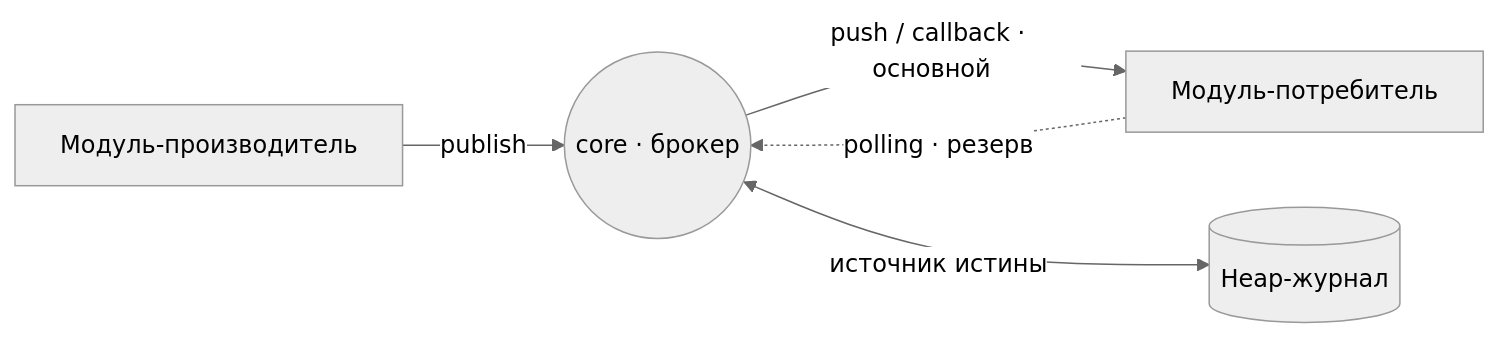
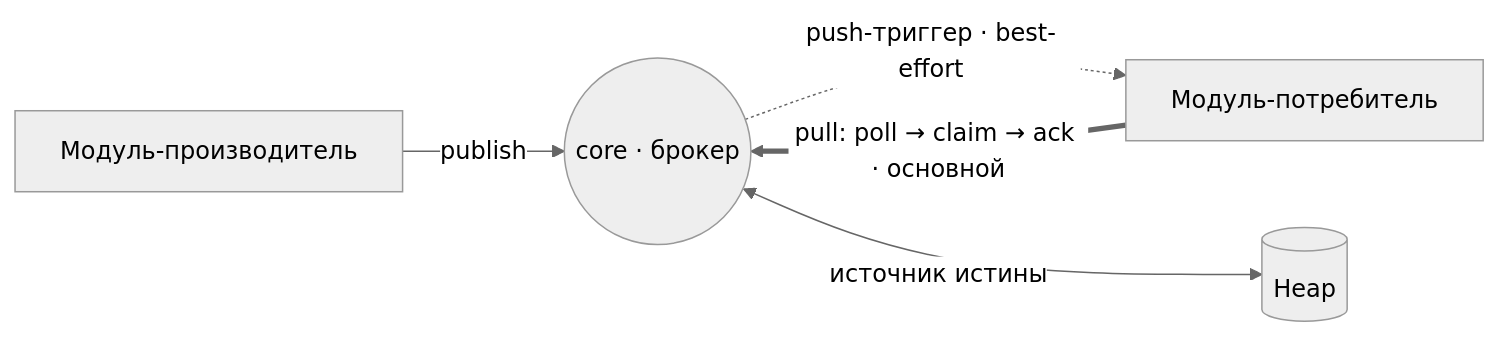
The second of 7 diagrams in s.chtm.khudoley.pro/p/units/aley/bpm/core/docs/spec/spec-map.md (andrey-khudoley/Chatium), drawn with Mermaid (neutral theme) before and after one commit. The commit also changed other lines of this file and 6 other files, not shown here.

````diff
--- a/s.chtm.khudoley.pro/p/units/aley/bpm/core/docs/spec/spec-map.md
+++ b/s.chtm.khudoley.pro/p/units/aley/bpm/core/docs/spec/spec-map.md
@@ -35,7 +35,7 @@
 ```mermaid
 flowchart LR
   P["Модуль-производитель"] -->|"publish"| B(("core · брокер"))
-  B -->|"push / callback · основной"| C["Модуль-потребитель"]
-  C -. "polling · резерв" .-> B
-  B <-->|"источник истины"| H[("Heap-журнал")]
+  B -. "push-триггер · best-effort" .-> C["Модуль-потребитель"]
+  C ==>|"pull: poll → claim → ack · основной"| B
+  B <-->|"источник истины"| H[("Heap")]
 ```
````
